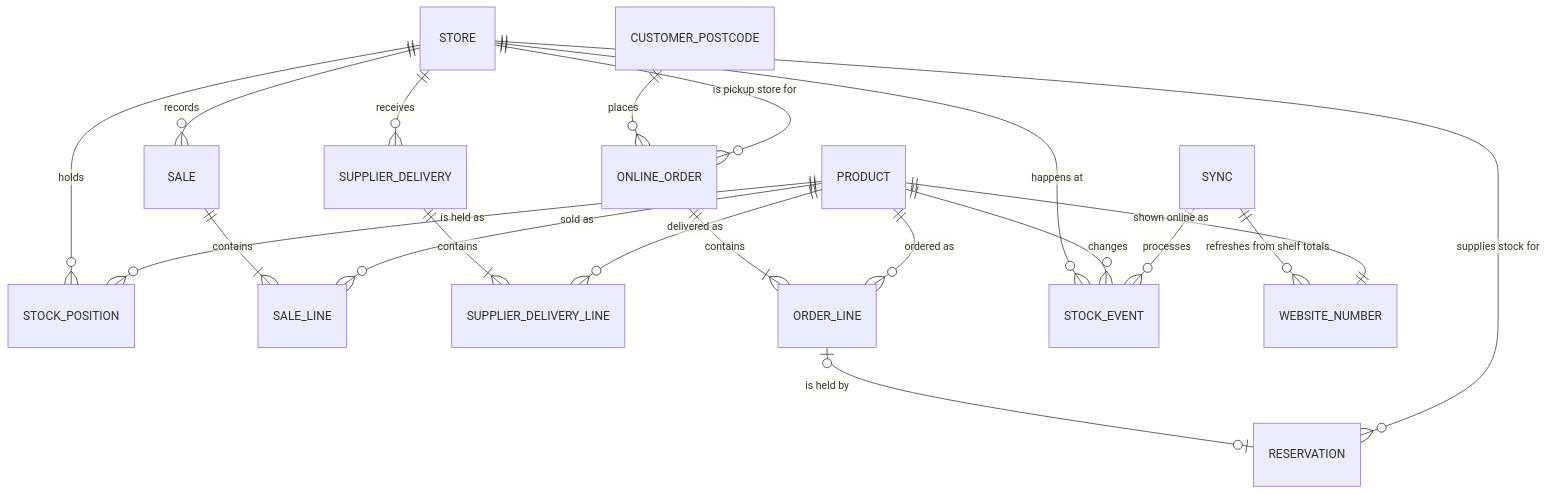
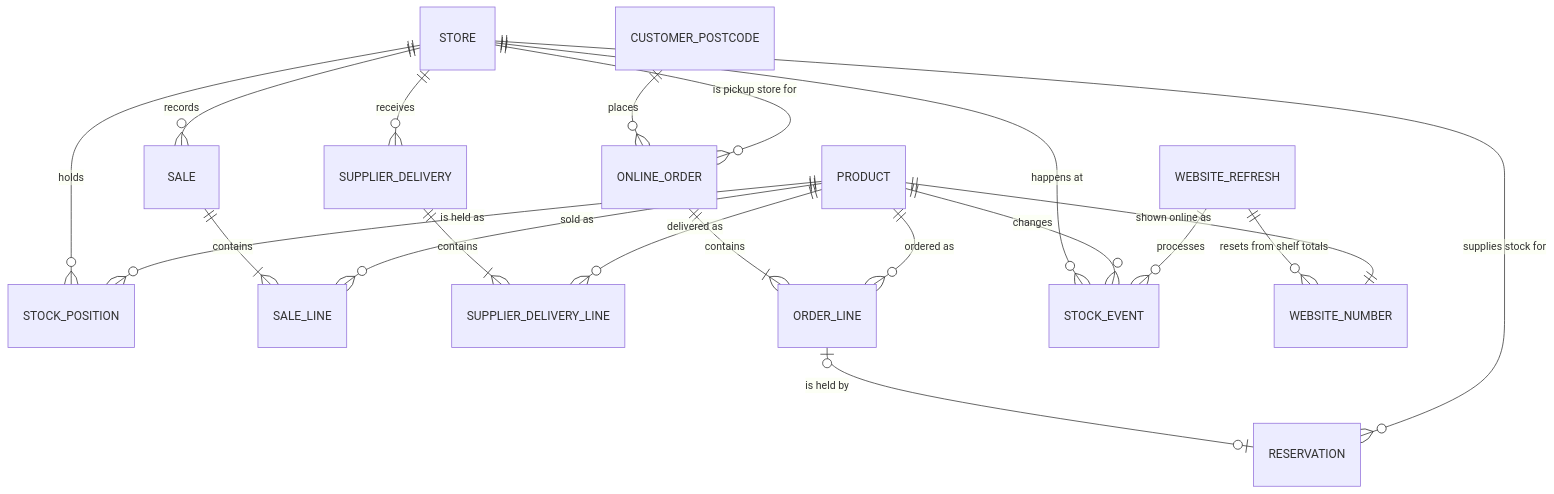
One commit to Alfredd43/Warehousing-model changed the second of 4 diagrams in docs/Architecture_and_Data_Model.md. Above: the diagram before and after it, drawn with Mermaid. The commit also changed other lines of this file and 15 other files, not shown here.

````diff
--- a/docs/Architecture_and_Data_Model.md
+++ b/docs/Architecture_and_Data_Model.md
@@ -75,22 +75,22 @@
 ```mermaid
 erDiagram
     STORE ||--o{ STOCK_POSITION : holds
     PRODUCT ||--o{ STOCK_POSITION : "is held as"
     STORE ||--o{ SALE : records
     SALE ||--|{ SALE_LINE : contains
     PRODUCT ||--o{ SALE_LINE : "sold as"
     STORE ||--o{ SUPPLIER_DELIVERY : receives
     SUPPLIER_DELIVERY ||--|{ SUPPLIER_DELIVERY_LINE : contains
     PRODUCT ||--o{ SUPPLIER_DELIVERY_LINE : "delivered as"
     CUSTOMER_POSTCODE ||--o{ ONLINE_ORDER : places
     STORE ||--o{ ONLINE_ORDER : "is pickup store for"
     ONLINE_ORDER ||--|{ ORDER_LINE : contains
     PRODUCT ||--o{ ORDER_LINE : "ordered as"
     ORDER_LINE |o--o| RESERVATION : "is held by"
     STORE ||--o{ RESERVATION : "supplies stock for"
     STORE ||--o{ STOCK_EVENT : "happens at"
     PRODUCT ||--o{ STOCK_EVENT : changes
-    SYNC ||--o{ STOCK_EVENT : processes
-    SYNC ||--o{ WEBSITE_NUMBER : "refreshes from shelf totals"
+    WEBSITE_REFRESH ||--o{ STOCK_EVENT : processes
+    WEBSITE_REFRESH ||--o{ WEBSITE_NUMBER : "resets from shelf totals"
     PRODUCT ||--|| WEBSITE_NUMBER : "shown online as"
 ```
````
